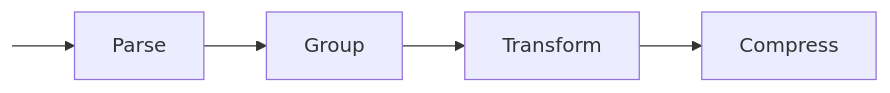
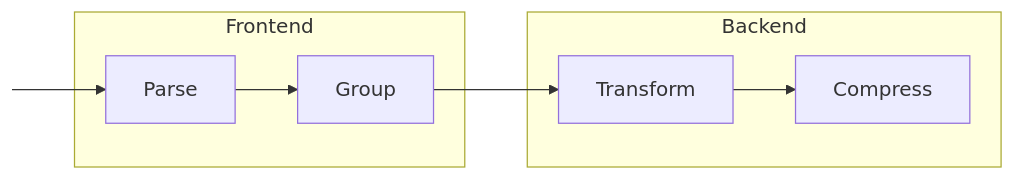
One commit to hybledav/openzl-jni changed the second of 2 diagrams in doc/mkdocs/doc/getting-started/introduction.md. Above: the diagram before and after it, drawn with Mermaid. The commit also changed other lines of this file and 8 other files, not shown here.

````diff
--- a/doc/mkdocs/doc/getting-started/introduction.md
+++ b/doc/mkdocs/doc/getting-started/introduction.md
@@ -41,9 +41,13 @@
 ``` mermaid
 graph LR
-    classDef hidden display: none;
-
-    input:::hidden --> Parse;
-    Parse --> Group;
-    Group --> Transform;
-    Transform --> Compress;
+  input["input"] --> Parse["Parse"]
+  subgraph s1["Frontend"]
+    Parse --> Group["Group"]
+  end
+  subgraph s2["Backend"]
+    Group --> Transform["Transform"]
+    Transform --> Compress["Compress"]
+  end
+  input:::hidden
+  classDef hidden display: none
 ```
````
